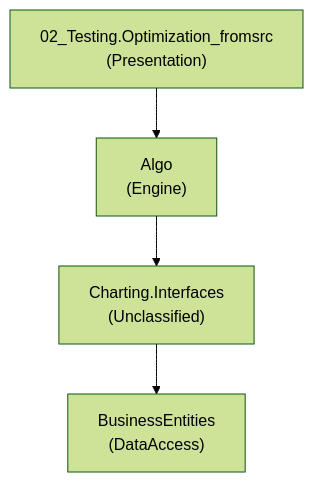
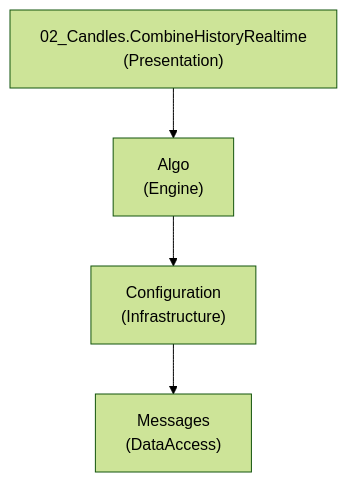
The diagram in output-stocksharp/diagrams/flow-path-5.mmd (GanizaniSitara/tools-static-analysis), drawn with Mermaid (forest theme) before and after one commit. The commit also changed 27 other files, not shown here.

```diff
--- a/output-stocksharp/diagrams/flow-path-5.mmd
+++ b/output-stocksharp/diagrams/flow-path-5.mmd
@@ -1,8 +1,8 @@
 graph TD
-    02_Testing_Optimization_fromsrc["02_Testing.Optimization_fromsrc\n(Presentation)"]
+    02_Candles_CombineHistoryRealtime["02_Candles.CombineHistoryRealtime\n(Presentation)"]
     Algo["Algo\n(Engine)"]
-    02_Testing_Optimization_fromsrc --> Algo
-    Charting_Interfaces["Charting.Interfaces\n(Unclassified)"]
-    Algo --> Charting_Interfaces
-    BusinessEntities["BusinessEntities\n(DataAccess)"]
-    Charting_Interfaces --> BusinessEntities
+    02_Candles_CombineHistoryRealtime --> Algo
+    Configuration["Configuration\n(Infrastructure)"]
+    Algo --> Configuration
+    Messages["Messages\n(DataAccess)"]
+    Configuration --> Messages
```
